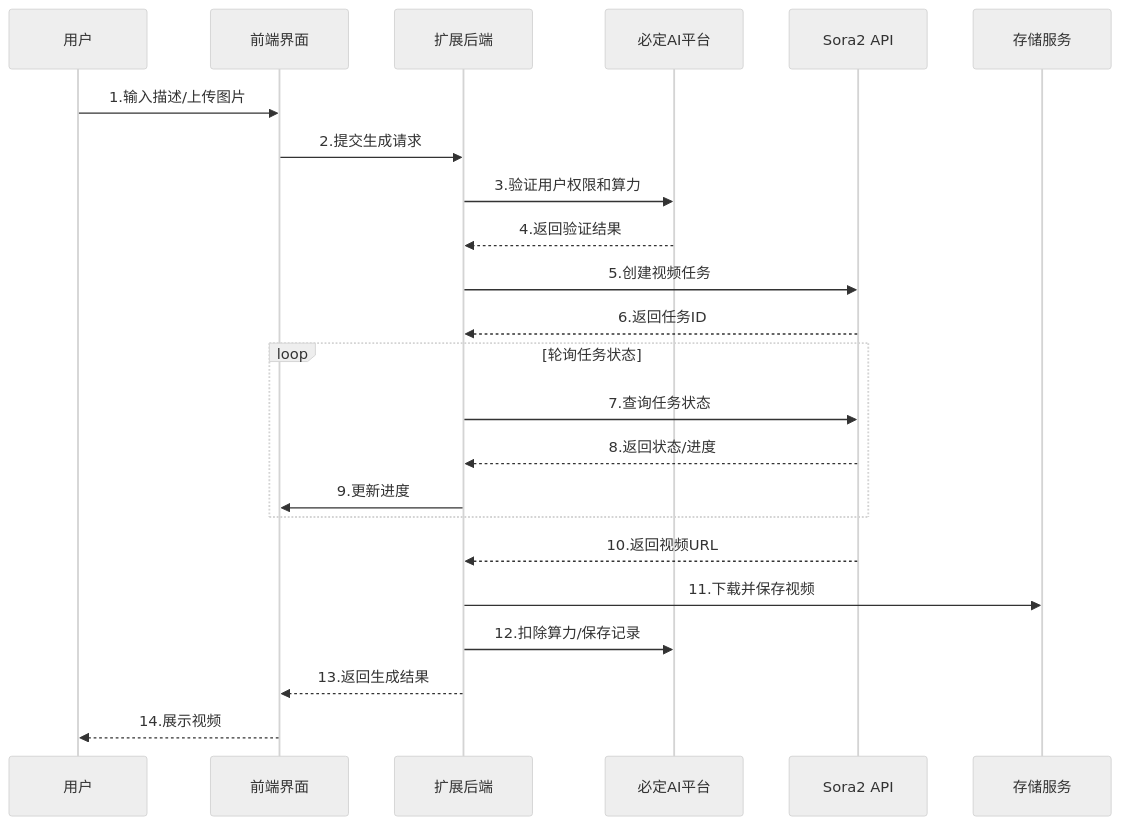
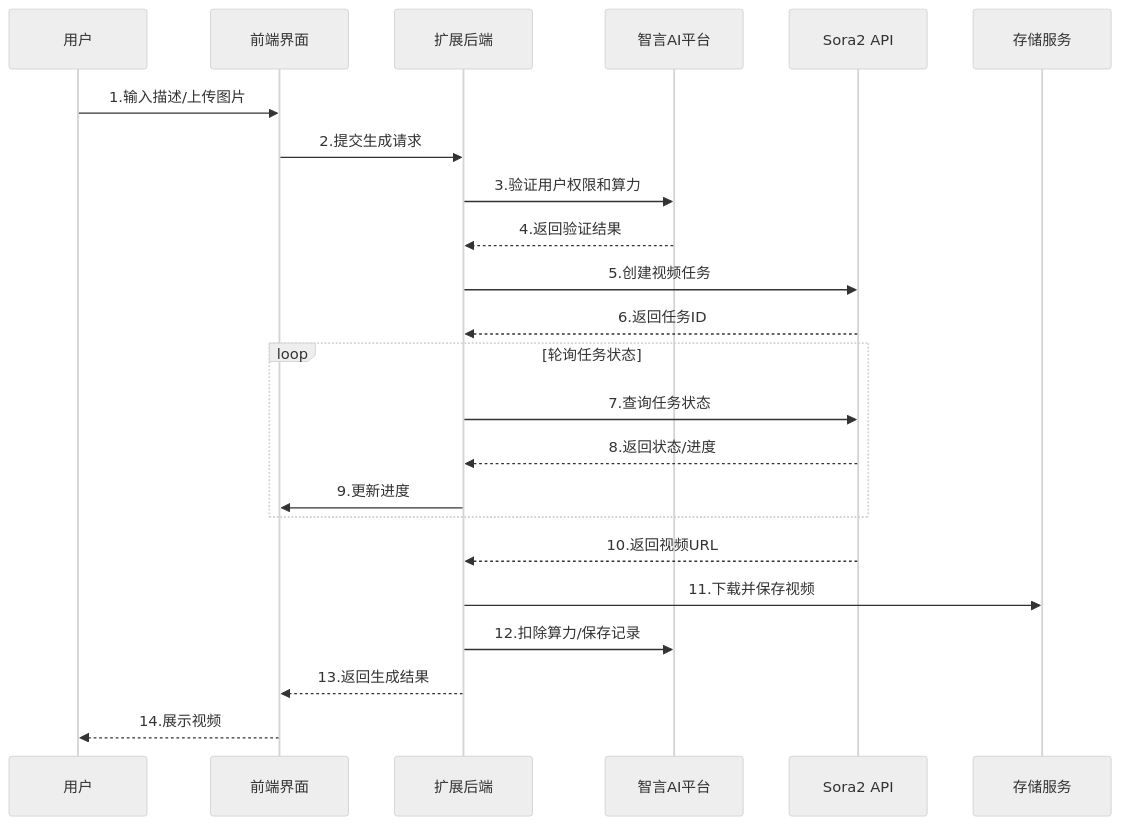
The diagram in src/app/new/news/sora.md (gzyxds/www.urlnet.cn), drawn with Mermaid (neutral theme) before and after one commit. The commit also changed other lines of this file and 20 other files, not shown here.

First line of the commit message:
refactor: 将品牌名称从"必定AI"统一更新为"智言AI"

````diff
--- a/src/app/new/news/sora.md
+++ b/src/app/new/news/sora.md
@@ -159,28 +159,28 @@
 ```mermaid
 sequenceDiagram
     participant User as 用户
     participant WebUI as 前端界面
     participant Extension as 扩展后端
-    participant 必定AI as 必定AI平台
+    participant 智言AI as 智言AI平台
     participant SoraAPI as Sora2 API
     participant Storage as 存储服务
     
     User->>WebUI: 1.输入描述/上传图片
     WebUI->>Extension: 2.提交生成请求
-    Extension->>必定AI: 3.验证用户权限和算力
-    必定AI-->>Extension: 4.返回验证结果
+    Extension->>智言AI: 3.验证用户权限和算力
+    智言AI-->>Extension: 4.返回验证结果
     Extension->>SoraAPI: 5.创建视频任务
     SoraAPI-->>Extension: 6.返回任务ID
     
     loop 轮询任务状态
         Extension->>SoraAPI: 7.查询任务状态
         SoraAPI-->>Extension: 8.返回状态/进度
         Extension->>WebUI: 9.更新进度
     end
     
     SoraAPI-->>Extension: 10.返回视频URL
     Extension->>Storage: 11.下载并保存视频
-    Extension->>必定AI: 12.扣除算力/保存记录
+    Extension->>智言AI: 12.扣除算力/保存记录
     Extension-->>WebUI: 13.返回生成结果
     WebUI-->>User: 14.展示视频
 ```
````
